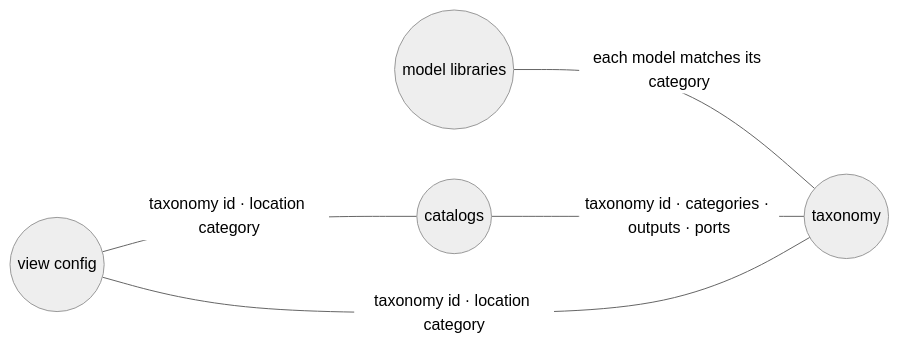
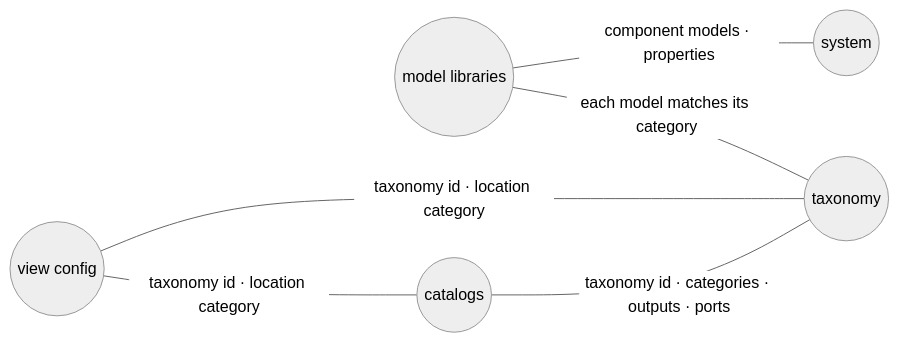
Before and after one commit to AntaresSimulatorTeam/GEMS-ViewsBuilder: the diagram in docs/user-guide/validation-rules.md, drawn with Mermaid (neutral theme). The commit also changed other lines of this file and 1 other file, not shown here.

Commit message:
docs(validation-rules): clarify system checks and update validation rules table

````diff
--- a/docs/user-guide/validation-rules.md
+++ b/docs/user-guide/validation-rules.md
@@ -90,11 +90,13 @@
 ```mermaid
 graph LR
     libraries(("model libraries"))
     catalog(("catalogs"))
     taxonomy(("taxonomy"))
     view_config(("view config"))
+    system(("system"))
+    libraries -- "component models · properties" --- system
     libraries -- "each model matches its category" --- taxonomy
     catalog -- "taxonomy id · categories · outputs · ports" --- taxonomy
     view_config -- "taxonomy id · location category" --- taxonomy
     view_config -- "taxonomy id · location category" --- catalog
 ```
````
